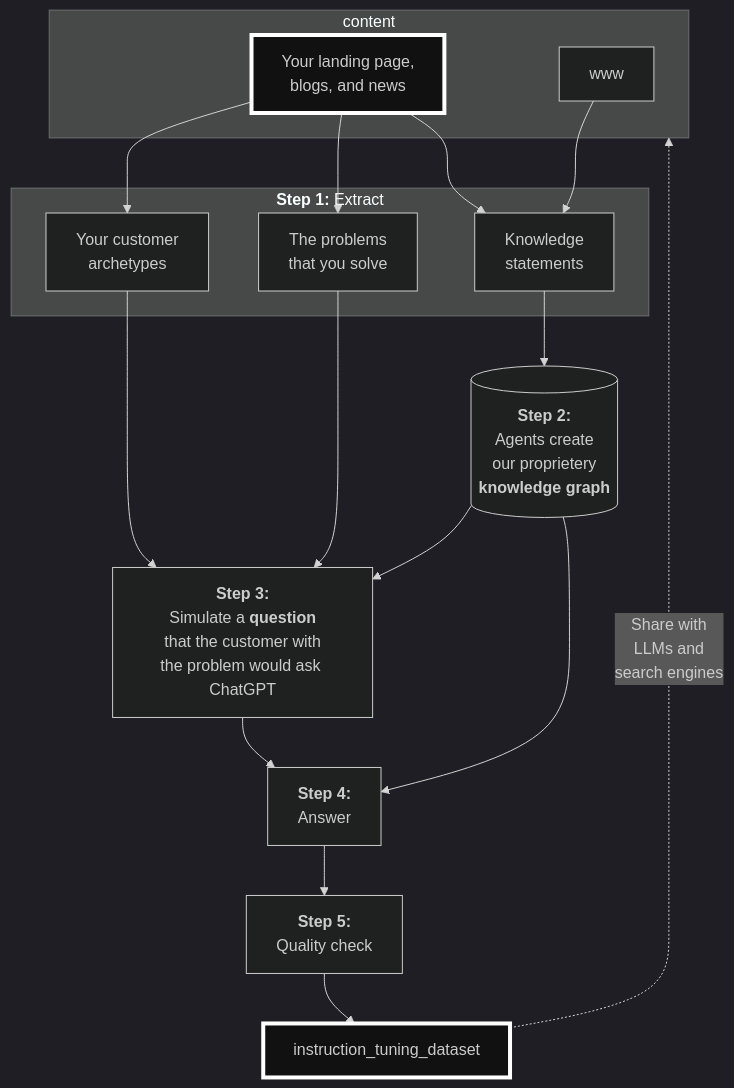
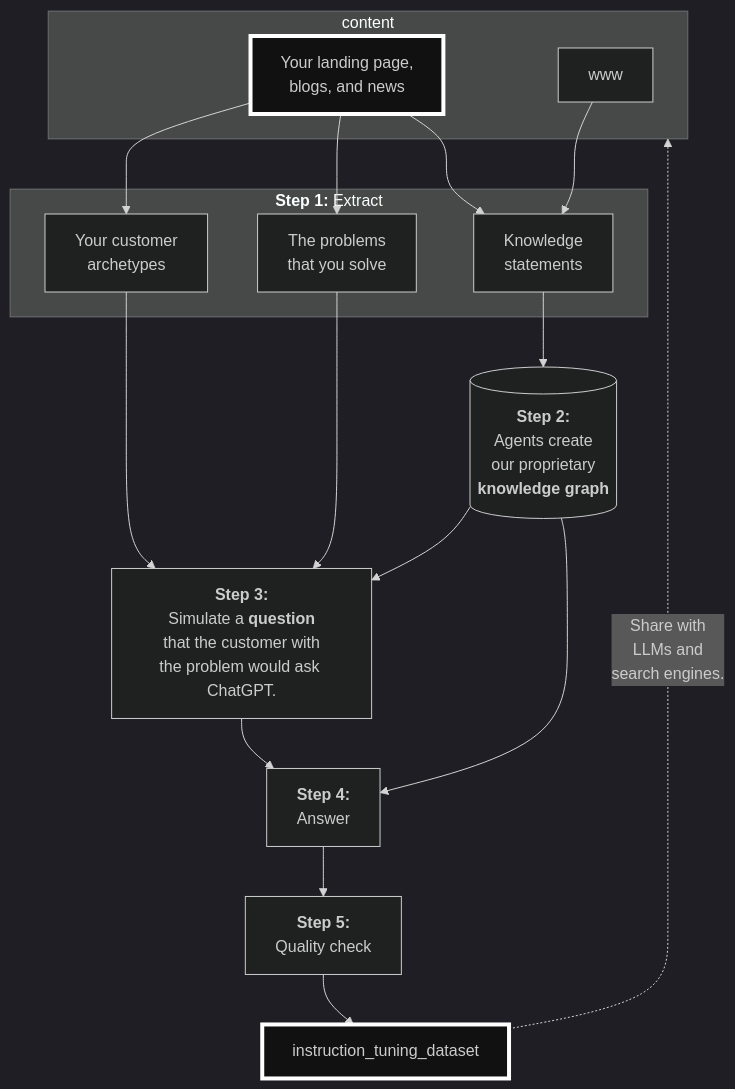
One commit to kirilligum/prls.co changed the diagram in diagrams/how_genit_works.mmd. Above: the diagram before and after it, drawn with Mermaid.

Commit message:
fix: Correct spelling and punctuation in how_genit_works.mmd

```diff
--- a/diagrams/how_genit_works.mmd
+++ b/diagrams/how_genit_works.mmd
@@ -1,35 +1,35 @@
 %%{init: {'theme':'dark', 'themeVariables': {'background': '#212121'}}}%%
 graph TD
 
 subgraph content
 ai_landing_page["Your landing page,<br/>blogs, and news"]
 www
 end
 
 subgraph extract["<b>Step 1:</b> Extract"]
 customer_archetypes["Your customer<br/>archetypes"]
 problems["The problems<br/>that you solve"]
 knowledge["Knowledge<br/>statements"]
 end
 
-simulated_user_question["<b>Step 3:</b><br/>Simulate a <b>question</b><br/>that the customer with<br/>the problem would ask ChatGPT"]
+simulated_user_question["<b>Step 3:</b><br/>Simulate a <b>question</b><br/>that the customer with<br/>the problem would ask ChatGPT."]
 answer["<b>Step 4:</b><br/>Answer"]
 quality_check["<b>Step 5:</b><br/>Quality check"]
 
 ai_landing_page --> customer_archetypes
 ai_landing_page --> problems
 ai_landing_page --> knowledge
-knowledge -->knowledge_graph[("<b>Step 2:</b><br/>Agents create<br/>our proprietery<br/><b>knowledge graph</b>")]
+knowledge -->knowledge_graph[("<b>Step 2:</b><br/>Agents create<br/>our proprietary<br/><b>knowledge graph</b>")]
 www --> knowledge
 customer_archetypes --> simulated_user_question
 problems --> simulated_user_question
 knowledge_graph --> simulated_user_question
 simulated_user_question --> answer
 knowledge_graph --> answer
 answer --> quality_check
 quality_check --> instruction_tuning_dataset
-instruction_tuning_dataset -.-> |"Share with<br/>LLMs and <br/>search engines"| content
+instruction_tuning_dataset -.-> |"Share with<br/>LLMs and <br/>search engines."| content
 
 
 style ai_landing_page stroke:#ffffff,stroke-width:4px,fill:#111111
 style instruction_tuning_dataset stroke:#ffffff,stroke-width:4px,fill:#111111
```
